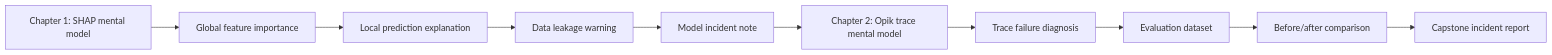
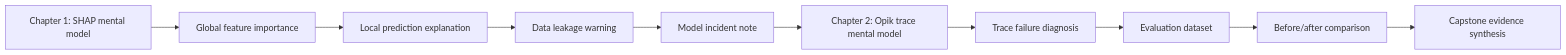
The diagram in docs/index.md (alex-au-922/hkpug-meetup-ai-explainability-challenge), drawn with Mermaid before and after one commit. The commit also changed other lines of this file and 4 other files, not shown here.

````diff
--- a/docs/index.md
+++ b/docs/index.md
@@ -65,12 +65,12 @@
 ```mermaid
 flowchart LR
   A["Chapter 1: SHAP mental model"] --> B["Global feature importance"]
   B --> C["Local prediction explanation"]
   C --> D["Data leakage warning"]
   D --> E["Model incident note"]
   E --> F["Chapter 2: Opik trace mental model"]
   F --> G["Trace failure diagnosis"]
   G --> H["Evaluation dataset"]
   H --> I["Before/after comparison"]
-  I --> J["Capstone incident report"]
+  I --> J["Capstone evidence synthesis"]
 ```
````
